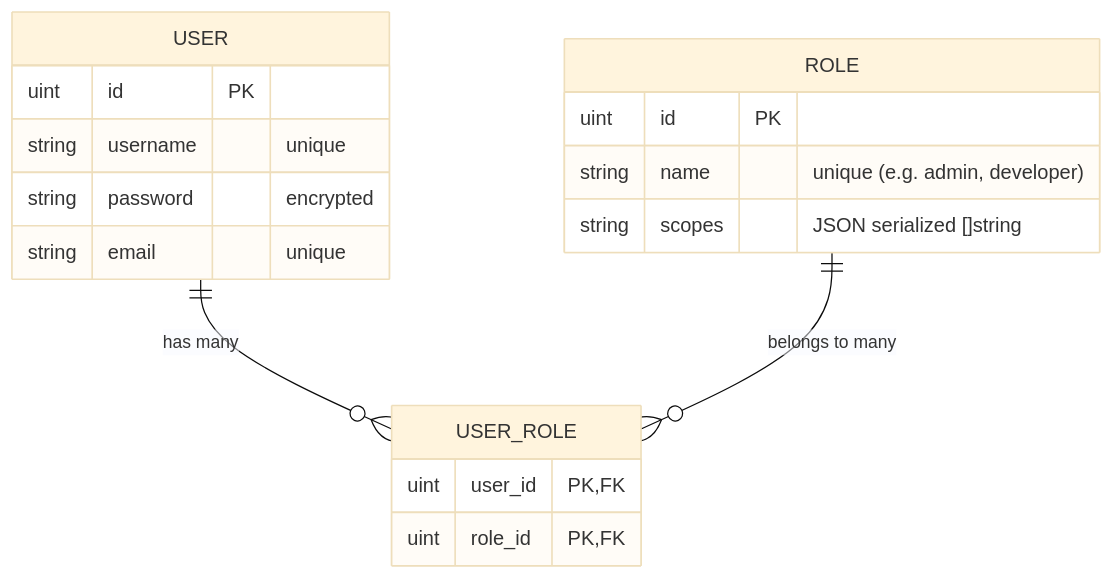
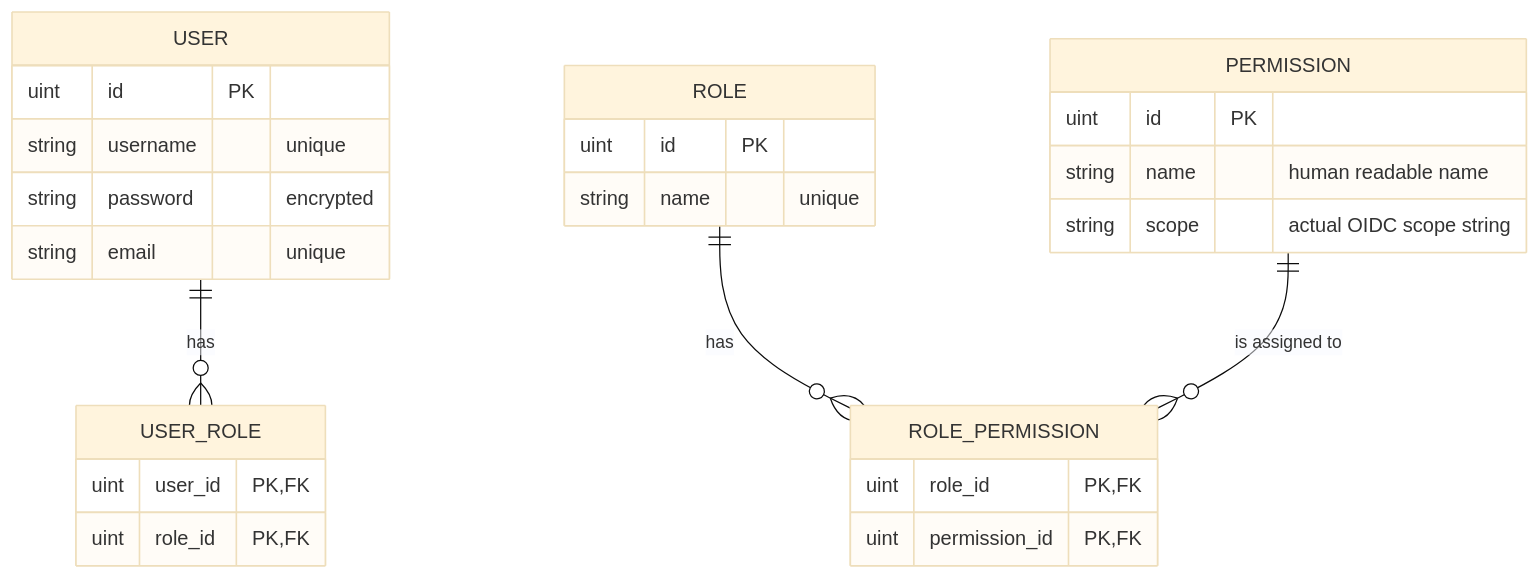
One commit to konveyor/enhancements changed the first of 5 diagrams in enhancements/hub-oidc-provider/README.md. Above: the diagram before and after it, drawn with Mermaid (base theme).

Commit message:
checkpoint

````diff
--- a/enhancements/hub-oidc-provider/README.md
+++ b/enhancements/hub-oidc-provider/README.md
@@ -62,23 +62,34 @@
 ```mermaid
 erDiagram
-    USER ||--o{ USER_ROLE : "has many"
-    ROLE ||--o{ USER_ROLE : "belongs to many"
+    USER ||--o{ USER_ROLE : "has"
+    ROLE ||--o{ ROLE_PERMISSION : "has"
+    PERMISSION ||--o{ ROLE_PERMISSION : "is assigned to"
 
     USER {
         uint id PK
         string username "unique"
         string password "encrypted"
         string email "unique"
     }
 
     ROLE {
         uint id PK
-        string name "unique (e.g. admin, developer)"
-        string scopes "JSON serialized []string"
+        string name "unique"
+    }
+
+    PERMISSION {
+        uint id PK
+        string name "human readable name"
+        string scope "actual OIDC scope string"
     }
 
     USER_ROLE {
         uint user_id PK,FK
         uint role_id PK,FK
     }
+
+    ROLE_PERMISSION {
+        uint role_id PK,FK
+        uint permission_id PK,FK
+    }
 ```
````
